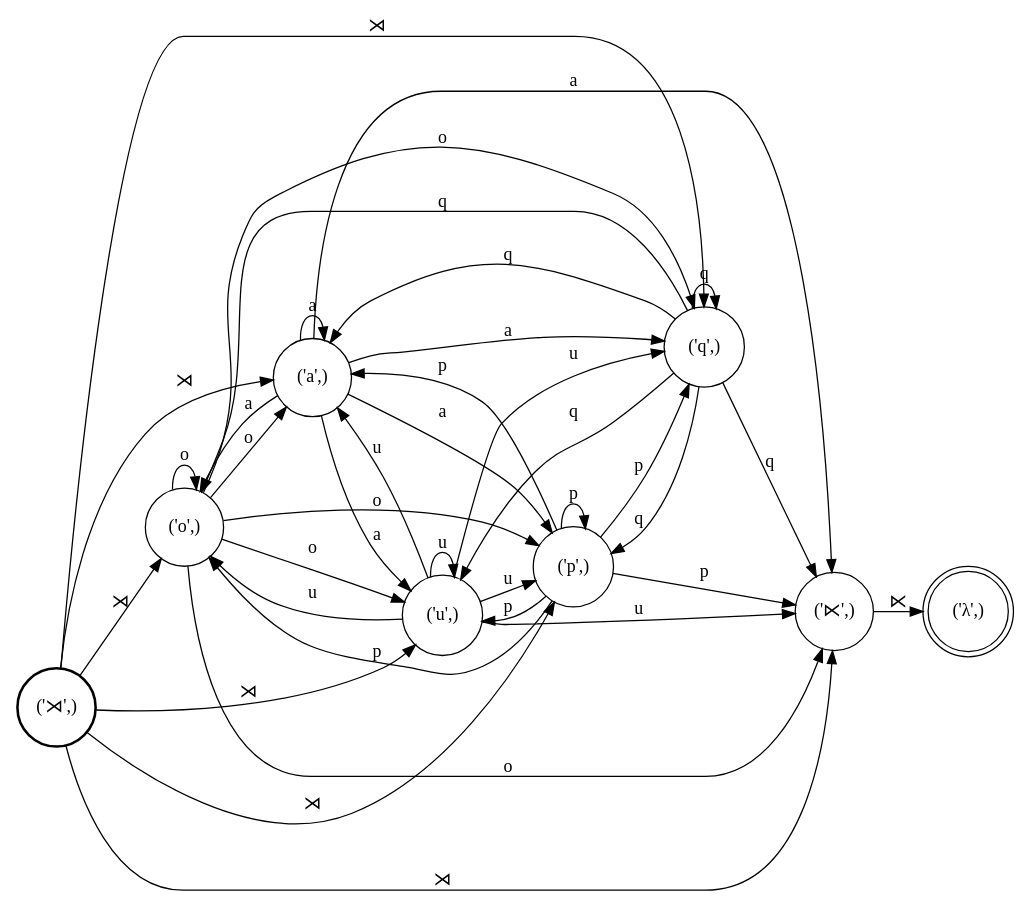
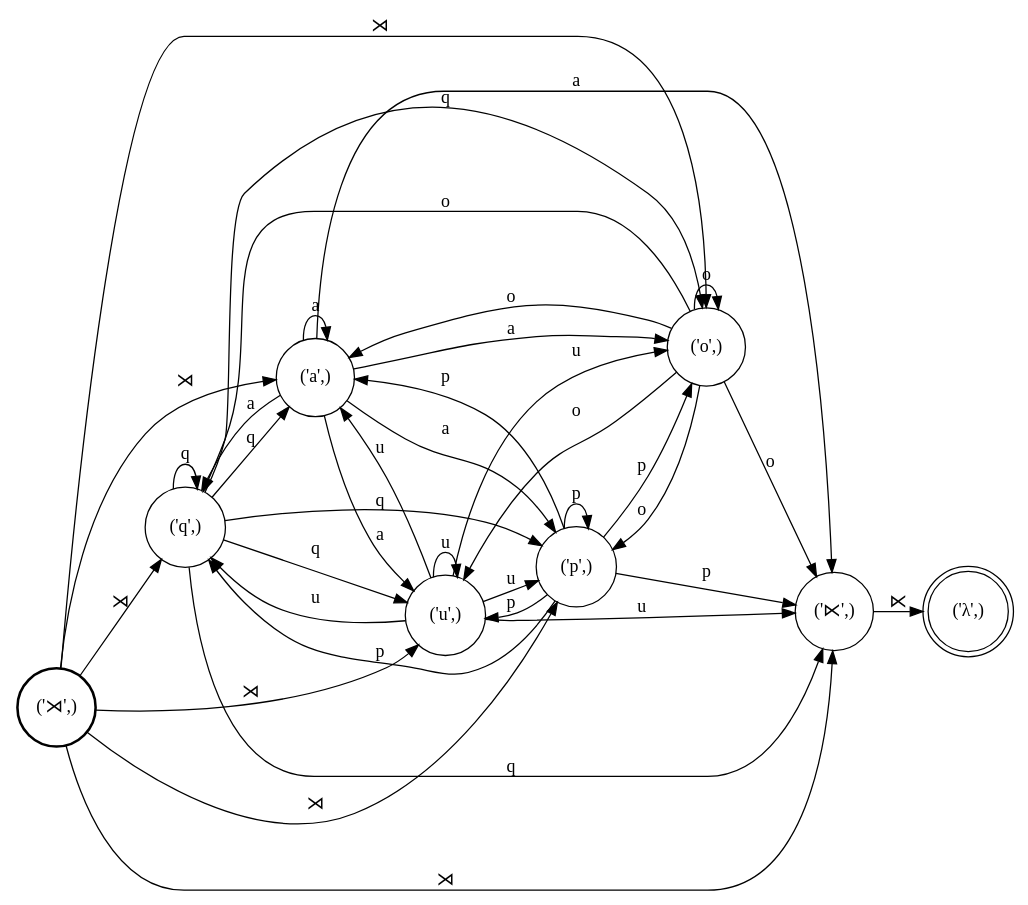
Before and after one commit to colincwilson/statgram: the diagram in demo/quechua/Right_context.dot, drawn with Graphviz. The commit also changed 7 other files, not shown here.

```diff
--- a/demo/quechua/Right_context.dot
+++ b/demo/quechua/Right_context.dot
@@ -1,53 +1,53 @@
 digraph FST {
 rankdir = LR;
 size = "8.5,11";
 center = 1;
 orientation = Portrait;
 ranksep = "0.4";
 nodesep = "0.25";
 7 [label = "('⋊',)", shape = circle, style = bold, fontsize = 14]
+	7 -> 2 [label = "⋊", fontsize = 14];
 	7 -> 4 [label = "⋊", fontsize = 14];
+	7 -> 1 [label = "⋊", fontsize = 14];
 	7 -> 5 [label = "⋊", fontsize = 14];
-	7 -> 1 [label = "⋊", fontsize = 14];
 	7 -> 3 [label = "⋊", fontsize = 14];
 	7 -> 6 [label = "⋊", fontsize = 14];
-	7 -> 2 [label = "⋊", fontsize = 14];
 0 [label = "('λ',)", shape = doublecircle, style = solid, fontsize = 14]
 1 [label = "('⋉',)", shape = circle, style = solid, fontsize = 14]
 	1 -> 0 [label = "⋉", fontsize = 14];
-2 [label = "('u',)", shape = circle, style = solid, fontsize = 14]
-	2 -> 1 [label = "u", fontsize = 14];
-	2 -> 4 [label = "u", fontsize = 14];
-	2 -> 6 [label = "u", fontsize = 14];
-	2 -> 5 [label = "u", fontsize = 14];
-	2 -> 3 [label = "u", fontsize = 14];
-	2 -> 2 [label = "u", fontsize = 14];
-3 [label = "('q',)", shape = circle, style = solid, fontsize = 14]
-	3 -> 1 [label = "q", fontsize = 14];
-	3 -> 4 [label = "q", fontsize = 14];
-	3 -> 6 [label = "q", fontsize = 14];
-	3 -> 5 [label = "q", fontsize = 14];
-	3 -> 3 [label = "q", fontsize = 14];
-	3 -> 2 [label = "q", fontsize = 14];
-4 [label = "('o',)", shape = circle, style = solid, fontsize = 14]
-	4 -> 1 [label = "o", fontsize = 14];
-	4 -> 4 [label = "o", fontsize = 14];
-	4 -> 6 [label = "o", fontsize = 14];
-	4 -> 5 [label = "o", fontsize = 14];
-	4 -> 3 [label = "o", fontsize = 14];
-	4 -> 2 [label = "o", fontsize = 14];
-5 [label = "('a',)", shape = circle, style = solid, fontsize = 14]
-	5 -> 1 [label = "a", fontsize = 14];
-	5 -> 4 [label = "a", fontsize = 14];
-	5 -> 6 [label = "a", fontsize = 14];
-	5 -> 5 [label = "a", fontsize = 14];
-	5 -> 3 [label = "a", fontsize = 14];
-	5 -> 2 [label = "a", fontsize = 14];
-6 [label = "('p',)", shape = circle, style = solid, fontsize = 14]
-	6 -> 1 [label = "p", fontsize = 14];
-	6 -> 4 [label = "p", fontsize = 14];
-	6 -> 6 [label = "p", fontsize = 14];
-	6 -> 5 [label = "p", fontsize = 14];
-	6 -> 3 [label = "p", fontsize = 14];
-	6 -> 2 [label = "p", fontsize = 14];
+2 [label = "('q',)", shape = circle, style = solid, fontsize = 14]
+	2 -> 1 [label = "q", fontsize = 14];
+	2 -> 5 [label = "q", fontsize = 14];
+	2 -> 2 [label = "q", fontsize = 14];
+	2 -> 4 [label = "q", fontsize = 14];
+	2 -> 3 [label = "q", fontsize = 14];
+	2 -> 6 [label = "q", fontsize = 14];
+3 [label = "('p',)", shape = circle, style = solid, fontsize = 14]
+	3 -> 1 [label = "p", fontsize = 14];
+	3 -> 5 [label = "p", fontsize = 14];
+	3 -> 2 [label = "p", fontsize = 14];
+	3 -> 4 [label = "p", fontsize = 14];
+	3 -> 3 [label = "p", fontsize = 14];
+	3 -> 6 [label = "p", fontsize = 14];
+4 [label = "('a',)", shape = circle, style = solid, fontsize = 14]
+	4 -> 1 [label = "a", fontsize = 14];
+	4 -> 5 [label = "a", fontsize = 14];
+	4 -> 2 [label = "a", fontsize = 14];
+	4 -> 4 [label = "a", fontsize = 14];
+	4 -> 3 [label = "a", fontsize = 14];
+	4 -> 6 [label = "a", fontsize = 14];
+5 [label = "('o',)", shape = circle, style = solid, fontsize = 14]
+	5 -> 1 [label = "o", fontsize = 14];
+	5 -> 5 [label = "o", fontsize = 14];
+	5 -> 2 [label = "o", fontsize = 14];
+	5 -> 4 [label = "o", fontsize = 14];
+	5 -> 3 [label = "o", fontsize = 14];
+	5 -> 6 [label = "o", fontsize = 14];
+6 [label = "('u',)", shape = circle, style = solid, fontsize = 14]
+	6 -> 1 [label = "u", fontsize = 14];
+	6 -> 5 [label = "u", fontsize = 14];
+	6 -> 2 [label = "u", fontsize = 14];
+	6 -> 4 [label = "u", fontsize = 14];
+	6 -> 3 [label = "u", fontsize = 14];
+	6 -> 6 [label = "u", fontsize = 14];
 }
```
